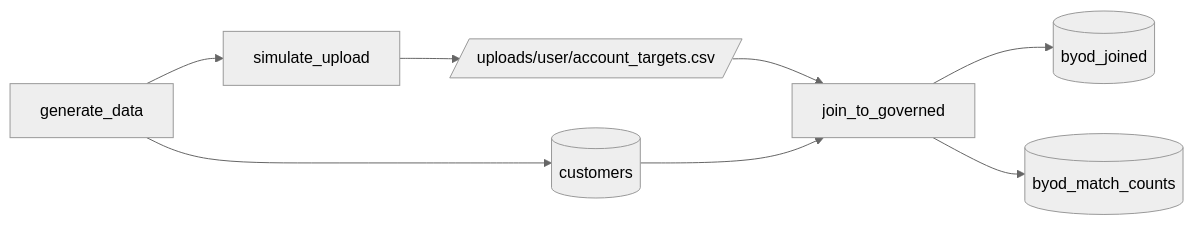
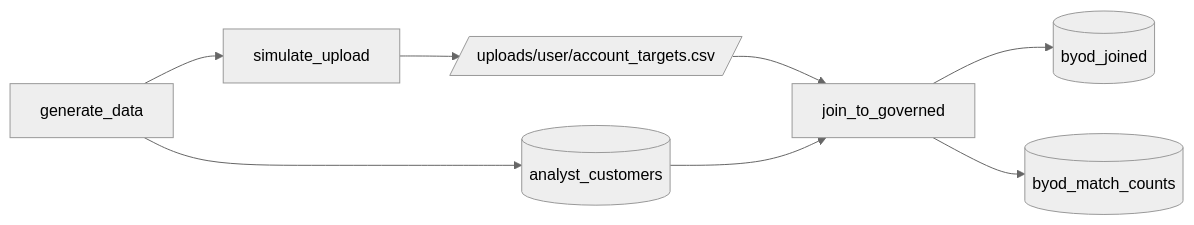
Before and after one commit to pengbricks/pengbricks-app-capabilities-walkthrough: the diagram in reference/analyst/guides/bring-your-own-data.md, drawn with Mermaid (neutral theme). The commit also changed other lines of this file and 207 other files, not shown here.

First line of the commit message:
Move every reference bundle to one shared schema

````diff
--- a/reference/analyst/guides/bring-your-own-data.md
+++ b/reference/analyst/guides/bring-your-own-data.md
@@ -18,10 +18,10 @@
 ```mermaid
 flowchart LR
-  gen[generate_data] --> cust[(customers)]
+  gen[generate_data] --> cust[(analyst_customers)]
   gen --> up[simulate_upload]
   up --> csv[/uploads/user/account_targets.csv/]
   csv --> join[join_to_governed]
   cust --> join
   join --> joined[(byod_joined)]
   join --> counts[(byod_match_counts)]
 ```
````
